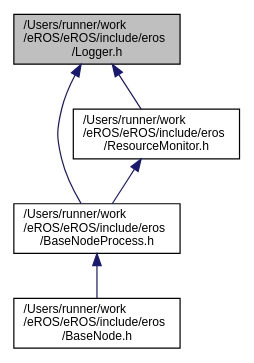
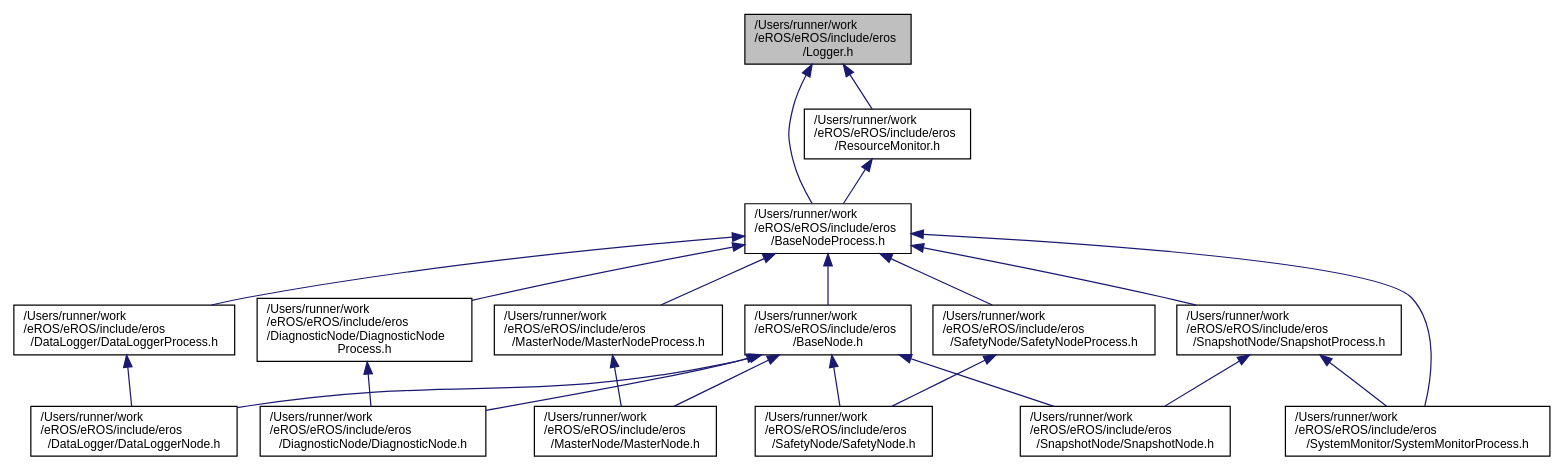
The diagram in Logger_8h__dep__incl.dot (dgitz/eros), drawn with Graphviz before and after one commit. The commit also changed 305 other files, not shown here.

```diff
--- a/Logger_8h__dep__incl.dot
+++ b/Logger_8h__dep__incl.dot
@@ -1,14 +1,42 @@
 digraph "/Users/runner/work/eROS/eROS/include/eros/Logger.h"
 {
  // LATEX_PDF_SIZE
   edge [fontname="Helvetica",fontsize="10",labelfontname="Helvetica",labelfontsize="10"];
   node [fontname="Helvetica",fontsize="10",shape=record];
   Node1 [label="/Users/runner/work\l/eROS/eROS/include/eros\l/Logger.h",height=0.2,width=0.4,color="black", fillcolor="grey75", style="filled", fontcolor="black",tooltip=" "];
   Node1 -> Node2 [dir="back",color="midnightblue",fontsize="10",style="solid",fontname="Helvetica"];
   Node2 [label="/Users/runner/work\l/eROS/eROS/include/eros\l/BaseNodeProcess.h",height=0.2,width=0.4,color="black", fillcolor="white", style="filled",URL="$BaseNodeProcess_8h.html",tooltip=" "];
   Node2 -> Node3 [dir="back",color="midnightblue",fontsize="10",style="solid",fontname="Helvetica"];
   Node3 [label="/Users/runner/work\l/eROS/eROS/include/eros\l/BaseNode.h",height=0.2,width=0.4,color="black", fillcolor="white", style="filled",URL="$BaseNode_8h.html",tooltip=" "];
-  Node1 -> Node4 [dir="back",color="midnightblue",fontsize="10",style="solid",fontname="Helvetica"];
-  Node4 [label="/Users/runner/work\l/eROS/eROS/include/eros\l/ResourceMonitor.h",height=0.2,width=0.4,color="black", fillcolor="white", style="filled",URL="$ResourceMonitor_8h.html",tooltip=" "];
-  Node4 -> Node2 [dir="back",color="midnightblue",fontsize="10",style="solid",fontname="Helvetica"];
+  Node3 -> Node4 [dir="back",color="midnightblue",fontsize="10",style="solid",fontname="Helvetica"];
+  Node4 [label="/Users/runner/work\l/eROS/eROS/include/eros\l/DataLogger/DataLoggerNode.h",height=0.2,width=0.4,color="black", fillcolor="white", style="filled",URL="$DataLoggerNode_8h.html",tooltip=" "];
+  Node3 -> Node5 [dir="back",color="midnightblue",fontsize="10",style="solid",fontname="Helvetica"];
+  Node5 [label="/Users/runner/work\l/eROS/eROS/include/eros\l/DiagnosticNode/DiagnosticNode.h",height=0.2,width=0.4,color="black", fillcolor="white", style="filled",URL="$DiagnosticNode_8h.html",tooltip=" "];
+  Node3 -> Node6 [dir="back",color="midnightblue",fontsize="10",style="solid",fontname="Helvetica"];
+  Node6 [label="/Users/runner/work\l/eROS/eROS/include/eros\l/MasterNode/MasterNode.h",height=0.2,width=0.4,color="black", fillcolor="white", style="filled",URL="$MasterNode_8h.html",tooltip=" "];
+  Node3 -> Node7 [dir="back",color="midnightblue",fontsize="10",style="solid",fontname="Helvetica"];
+  Node7 [label="/Users/runner/work\l/eROS/eROS/include/eros\l/SafetyNode/SafetyNode.h",height=0.2,width=0.4,color="black", fillcolor="white", style="filled",URL="$SafetyNode_8h.html",tooltip=" "];
+  Node3 -> Node8 [dir="back",color="midnightblue",fontsize="10",style="solid",fontname="Helvetica"];
+  Node8 [label="/Users/runner/work\l/eROS/eROS/include/eros\l/SnapshotNode/SnapshotNode.h",height=0.2,width=0.4,color="black", fillcolor="white", style="filled",URL="$SnapshotNode_8h.html",tooltip=" "];
+  Node2 -> Node9 [dir="back",color="midnightblue",fontsize="10",style="solid",fontname="Helvetica"];
+  Node9 [label="/Users/runner/work\l/eROS/eROS/include/eros\l/DataLogger/DataLoggerProcess.h",height=0.2,width=0.4,color="black", fillcolor="white", style="filled",URL="$DataLoggerProcess_8h.html",tooltip=" "];
+  Node9 -> Node4 [dir="back",color="midnightblue",fontsize="10",style="solid",fontname="Helvetica"];
+  Node2 -> Node10 [dir="back",color="midnightblue",fontsize="10",style="solid",fontname="Helvetica"];
+  Node10 [label="/Users/runner/work\l/eROS/eROS/include/eros\l/DiagnosticNode/DiagnosticNode\lProcess.h",height=0.2,width=0.4,color="black", fillcolor="white", style="filled",URL="$DiagnosticNodeProcess_8h.html",tooltip=" "];
+  Node10 -> Node5 [dir="back",color="midnightblue",fontsize="10",style="solid",fontname="Helvetica"];
+  Node2 -> Node11 [dir="back",color="midnightblue",fontsize="10",style="solid",fontname="Helvetica"];
+  Node11 [label="/Users/runner/work\l/eROS/eROS/include/eros\l/MasterNode/MasterNodeProcess.h",height=0.2,width=0.4,color="black", fillcolor="white", style="filled",URL="$MasterNodeProcess_8h.html",tooltip=" "];
+  Node11 -> Node6 [dir="back",color="midnightblue",fontsize="10",style="solid",fontname="Helvetica"];
+  Node2 -> Node12 [dir="back",color="midnightblue",fontsize="10",style="solid",fontname="Helvetica"];
+  Node12 [label="/Users/runner/work\l/eROS/eROS/include/eros\l/SafetyNode/SafetyNodeProcess.h",height=0.2,width=0.4,color="black", fillcolor="white", style="filled",URL="$SafetyNodeProcess_8h.html",tooltip=" "];
+  Node12 -> Node7 [dir="back",color="midnightblue",fontsize="10",style="solid",fontname="Helvetica"];
+  Node2 -> Node13 [dir="back",color="midnightblue",fontsize="10",style="solid",fontname="Helvetica"];
+  Node13 [label="/Users/runner/work\l/eROS/eROS/include/eros\l/SnapshotNode/SnapshotProcess.h",height=0.2,width=0.4,color="black", fillcolor="white", style="filled",URL="$SnapshotProcess_8h.html",tooltip=" "];
+  Node13 -> Node8 [dir="back",color="midnightblue",fontsize="10",style="solid",fontname="Helvetica"];
+  Node13 -> Node14 [dir="back",color="midnightblue",fontsize="10",style="solid",fontname="Helvetica"];
+  Node14 [label="/Users/runner/work\l/eROS/eROS/include/eros\l/SystemMonitor/SystemMonitorProcess.h",height=0.2,width=0.4,color="black", fillcolor="white", style="filled",URL="$SystemMonitorProcess_8h.html",tooltip=" "];
+  Node2 -> Node14 [dir="back",color="midnightblue",fontsize="10",style="solid",fontname="Helvetica"];
+  Node1 -> Node15 [dir="back",color="midnightblue",fontsize="10",style="solid",fontname="Helvetica"];
+  Node15 [label="/Users/runner/work\l/eROS/eROS/include/eros\l/ResourceMonitor.h",height=0.2,width=0.4,color="black", fillcolor="white", style="filled",URL="$ResourceMonitor_8h.html",tooltip=" "];
+  Node15 -> Node2 [dir="back",color="midnightblue",fontsize="10",style="solid",fontname="Helvetica"];
 }
```
